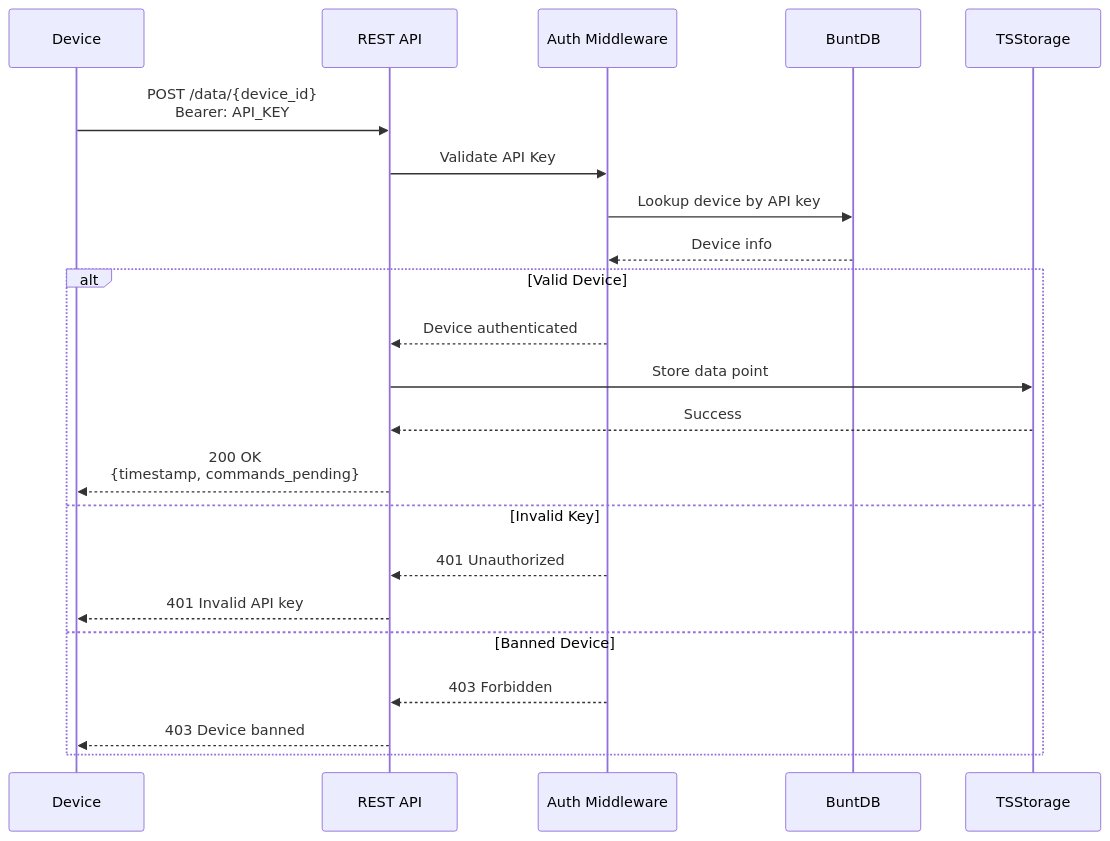
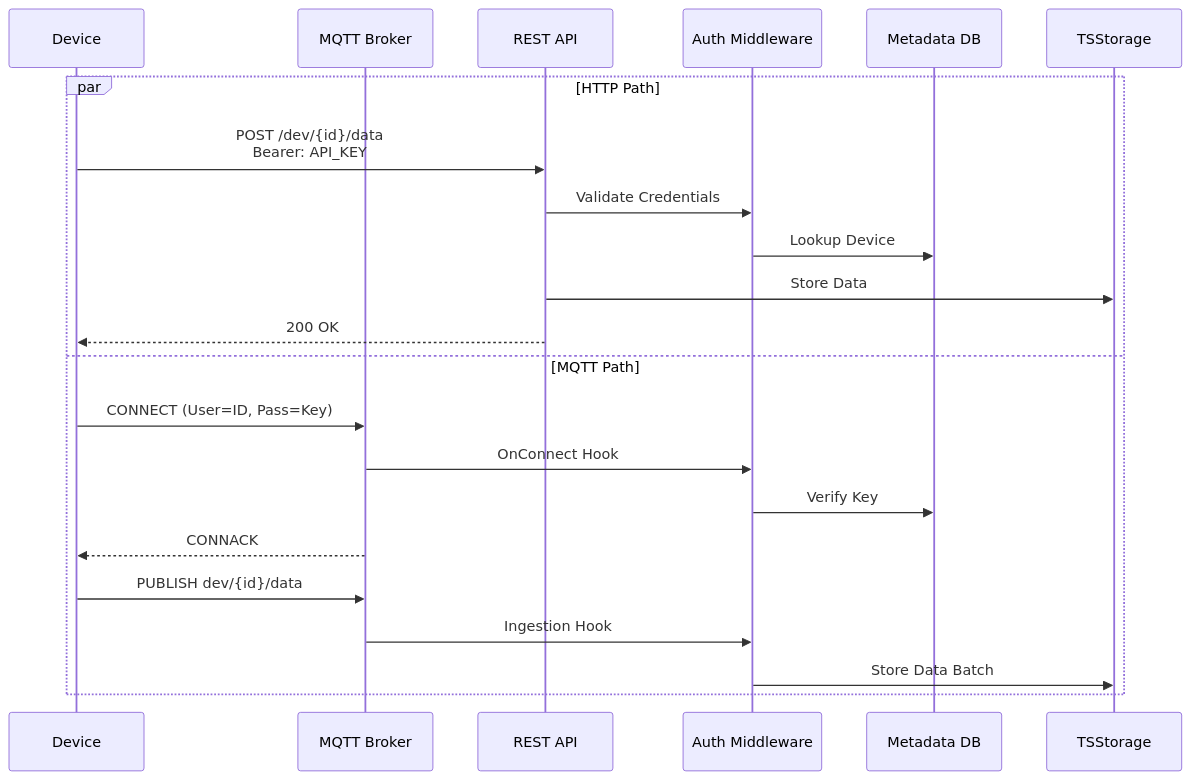
The second of 15 diagrams in docs/diagrams/ARCHITECTURE.md (tevfik/datum-server), drawn with Mermaid before and after one commit. The commit also changed other lines of this file and 61 other files, not shown here.

````diff
--- a/docs/diagrams/ARCHITECTURE.md
+++ b/docs/diagrams/ARCHITECTURE.md
@@ -61,26 +66,26 @@
 ```mermaid
 sequenceDiagram
     participant Device
+    participant MQTT as MQTT Broker
     participant API as REST API
     participant Auth as Auth Middleware
-    participant BuntDB
+    participant DB as Metadata DB
     participant TSStorage
     
-    Device->>API: POST /data/{device_id}<br/>Bearer: API_KEY
-    API->>Auth: Validate API Key
-    Auth->>BuntDB: Lookup device by API key
-    BuntDB-->>Auth: Device info
-    
-    alt Valid Device
-        Auth-->>API: Device authenticated
-        API->>TSStorage: Store data point
-        TSStorage-->>API: Success
-        API-->>Device: 200 OK<br/>{timestamp, commands_pending}
-    else Invalid Key
-        Auth-->>API: 401 Unauthorized
-        API-->>Device: 401 Invalid API key
-    else Banned Device
-        Auth-->>API: 403 Forbidden
-        API-->>Device: 403 Device banned
+    par HTTP Path
+        Device->>API: POST /dev/{id}/data<br/>Bearer: API_KEY
+        API->>Auth: Validate Credentials
+        Auth->>DB: Lookup Device
+        API->>TSStorage: Store Data
+        API-->>Device: 200 OK
+    and MQTT Path
+        Device->>MQTT: CONNECT (User=ID, Pass=Key)
+        MQTT->>Auth: OnConnect Hook
+        Auth->>DB: Verify Key
+        MQTT-->>Device: CONNACK
+        
+        Device->>MQTT: PUBLISH dev/{id}/data
+        MQTT->>Auth: Ingestion Hook
+        Auth->>TSStorage: Store Data Batch
     end
 ```
````
